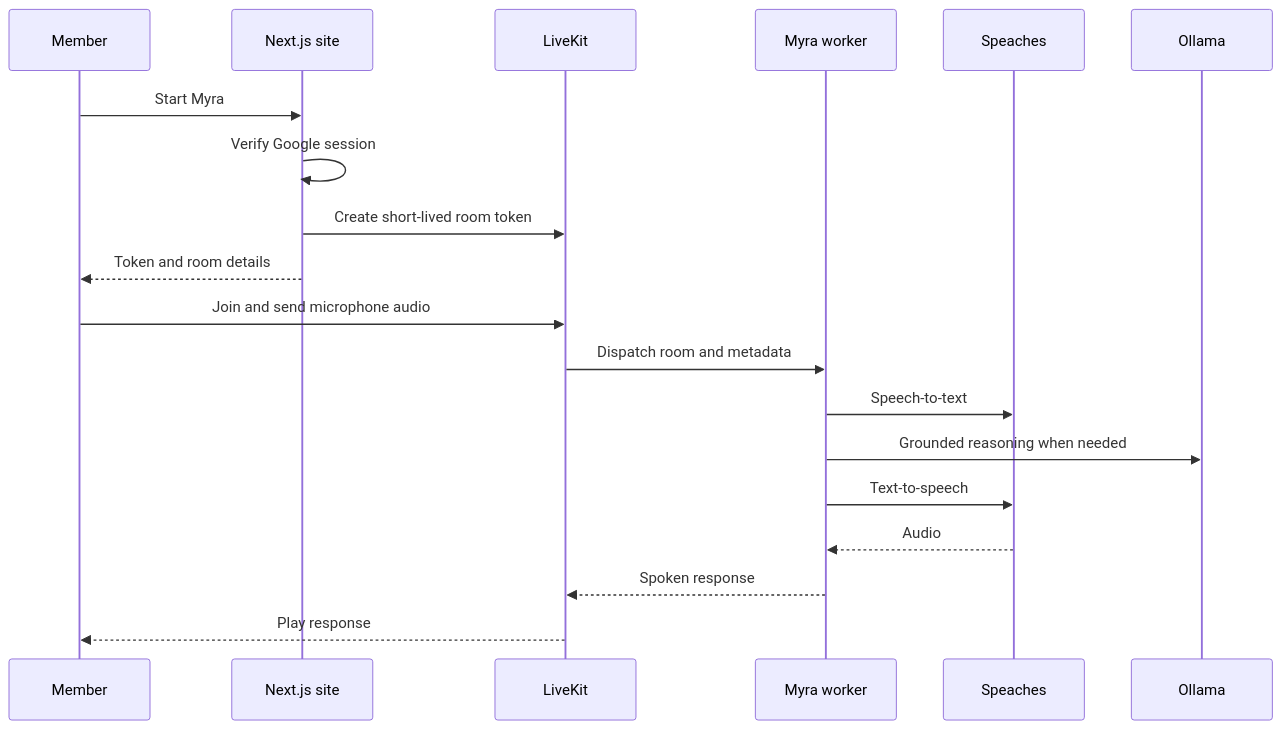
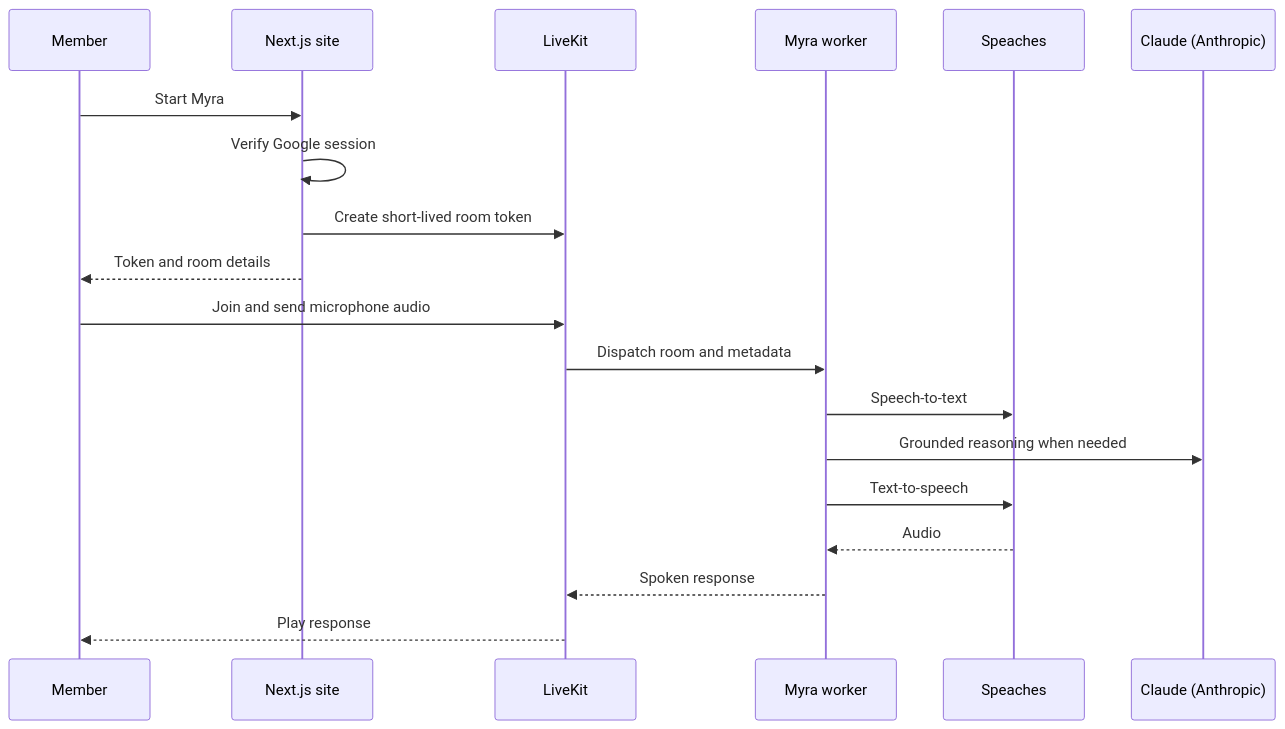
Before and after one commit to ljkmchale/suwaneegamers-poc: the second of 2 diagrams in docs/TECH_STACK_AND_ARCHITECTURE.md, drawn with Mermaid. The commit also changed other lines of this file and 30 other files, not shown here.

````diff
--- a/docs/TECH_STACK_AND_ARCHITECTURE.md
+++ b/docs/TECH_STACK_AND_ARCHITECTURE.md
@@ -302,22 +302,22 @@
 ```mermaid
 sequenceDiagram
     participant U as Member
     participant W as Next.js site
     participant L as LiveKit
     participant M as Myra worker
     participant S as Speaches
-    participant O as Ollama
+    participant O as Claude (Anthropic)
 
     U->>W: Start Myra
     W->>W: Verify Google session
     W->>L: Create short-lived room token
     W-->>U: Token and room details
     U->>L: Join and send microphone audio
     L->>M: Dispatch room and metadata
     M->>S: Speech-to-text
     M->>O: Grounded reasoning when needed
     M->>S: Text-to-speech
     S-->>M: Audio
     M-->>L: Spoken response
     L-->>U: Play response
 ```
````
